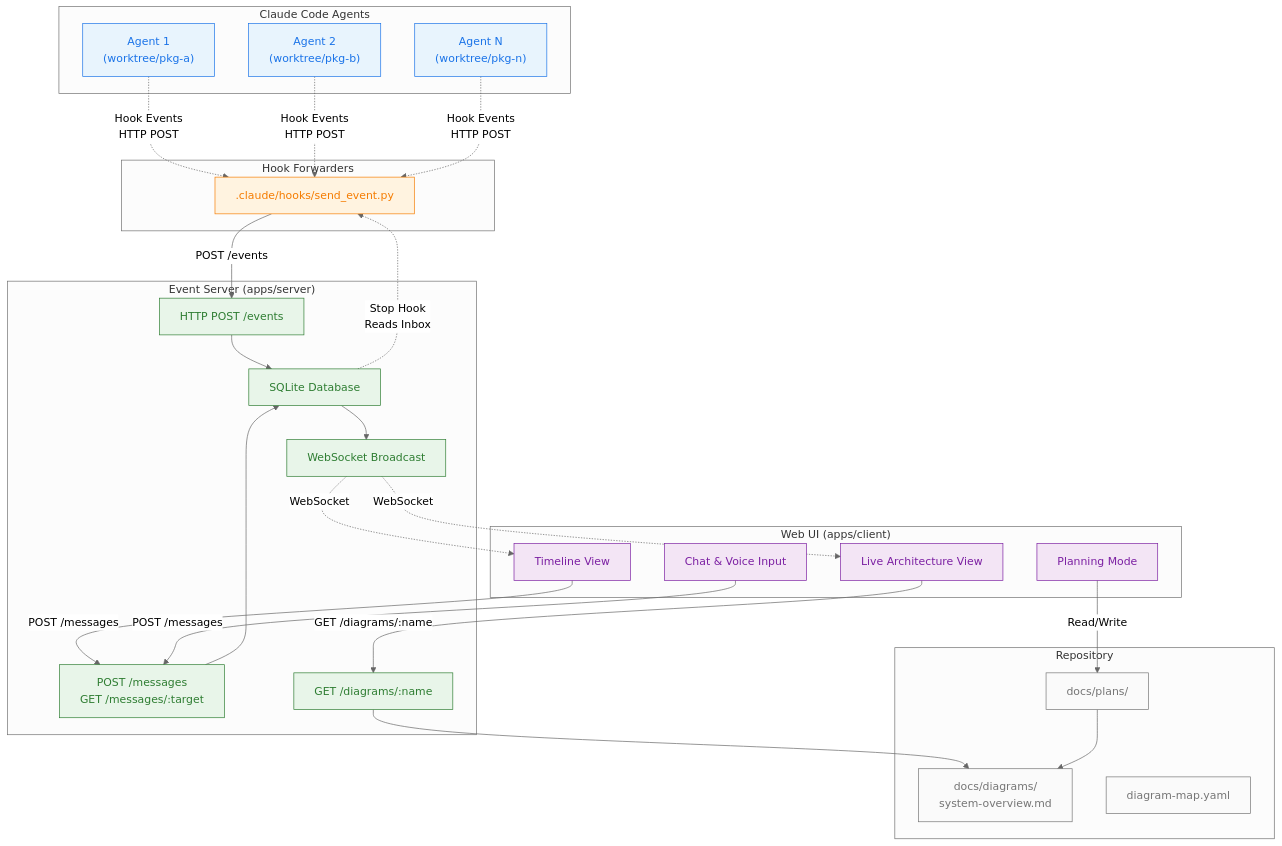
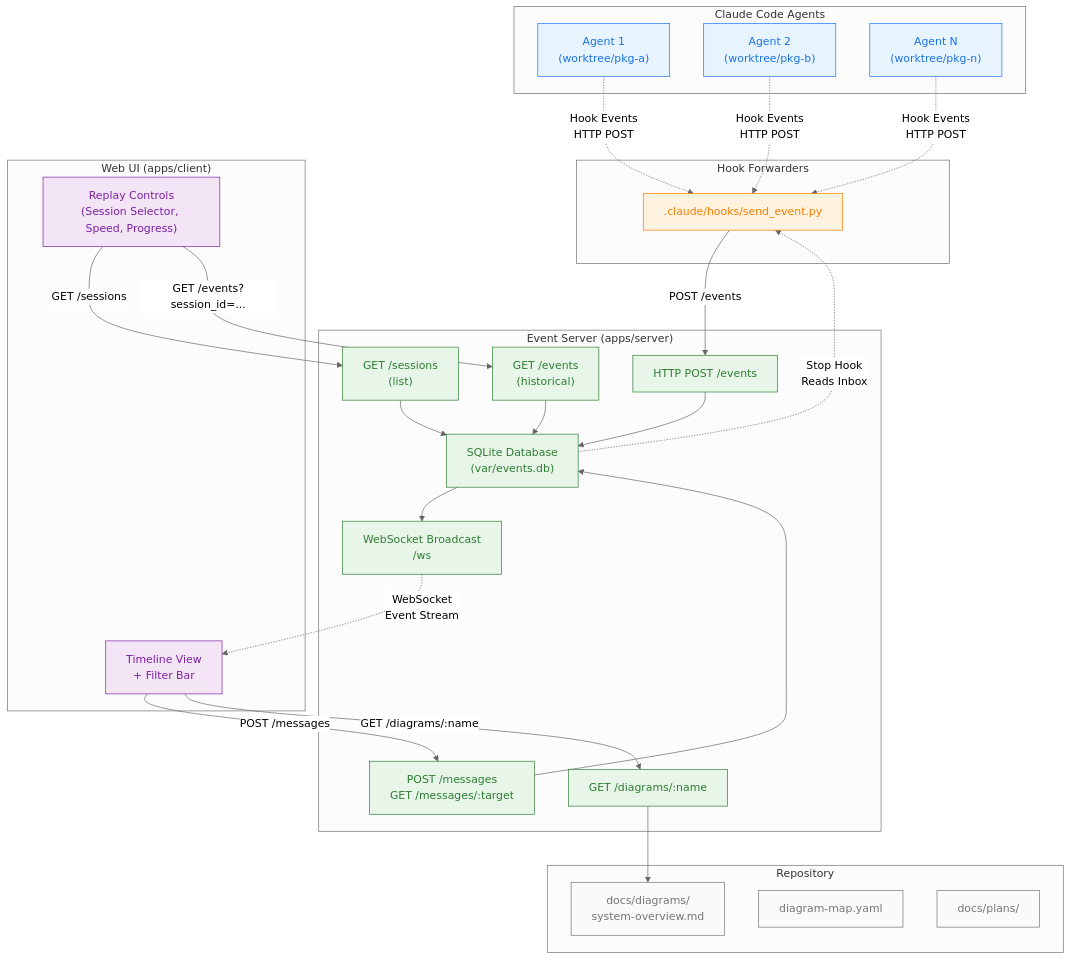
Before and after one commit to RockReuben/zod: the diagram in docs/diagrams/system-overview.md, drawn with Mermaid (neutral theme). The commit also changed other lines of this file and 30 other files, not shown here.

````diff
--- a/docs/diagrams/system-overview.md
+++ b/docs/diagrams/system-overview.md
@@ -3,67 +3,67 @@
 ```mermaid
 flowchart TD
     subgraph Agents["Claude Code Agents"]
         A1["Agent 1\n(worktree/pkg-a)"]
         A2["Agent 2\n(worktree/pkg-b)"]
         A3["Agent N\n(worktree/pkg-n)"]
     end
 
     subgraph Hooks["Hook Forwarders"]
         H1[".claude/hooks/send_event.py"]
     end
 
     subgraph Server["Event Server (apps/server)"]
         S1["HTTP POST /events"]
-        S2["SQLite Database"]
-        S3["WebSocket Broadcast"]
+        S2["SQLite Database\n(var/events.db)"]
+        S3["WebSocket Broadcast\n/ws"]
         S4["POST /messages\nGET /messages/:target"]
         S5["GET /diagrams/:name"]
+        S6["GET /events\n(historical)"]
+        S7["GET /sessions\n(list)"]
     end
 
     subgraph Client["Web UI (apps/client)"]
-        C1["Timeline View"]
-        C2["Live Architecture View"]
-        C3["Chat & Voice Input"]
-        C4["Planning Mode"]
+        C1["Timeline View\n+ Filter Bar"]
+        C2["Replay Controls\n(Session Selector, Speed, Progress)"]
     end
 
     subgraph Repo["Repository"]
         R1["docs/diagrams/\nsystem-overview.md"]
         R2["diagram-map.yaml"]
         R3["docs/plans/"]
     end
 
     A1 -.->|Hook Events\nHTTP POST| H1
     A2 -.->|Hook Events\nHTTP POST| H1
     A3 -.->|Hook Events\nHTTP POST| H1
 
     H1 -->|POST /events| S1
     S1 --> S2
     S2 --> S3
-    S3 -.->|WebSocket| C1
-    S3 -.->|WebSocket| C2
+    S3 -.->|WebSocket\nEvent Stream| C1
 
     C1 -->|POST /messages| S4
-    C3 -->|POST /messages| S4
     S4 --> S2
 
     S2 -.->|Stop Hook\nReads Inbox| H1
 
-    C2 -->|GET /diagrams/:name| S5
+    C1 -->|GET /diagrams/:name| S5
     S5 --> R1
 
-    C4 -->|Read/Write| R3
-    R3 --> R1
+    C2 -->|GET /sessions| S7
+    C2 -->|GET /events?session_id=...| S6
+    S6 --> S2
+    S7 --> S2
 
     classDef agent fill:#e8f4fd,stroke:#1a73e8,color:#1a73e8;
     classDef hook fill:#fff3e0,stroke:#f57c00,color:#f57c00;
     classDef server fill:#e8f5e9,stroke:#2e7d32,color:#2e7d32;
     classDef client fill:#f3e5f5,stroke:#7b1fa2,color:#7b1fa2;
     classDef repo fill:#fafafa,stroke:#757575,color:#757575;
 
     class A1,A2,A3 agent;
     class H1 hook;
-    class S1,S2,S3,S4,S5 server;
-    class C1,C2,C3,C4 client;
+    class S1,S2,S3,S4,S5,S6,S7 server;
+    class C1,C2 client;
     class R1,R2,R3 repo;
 ```
````
